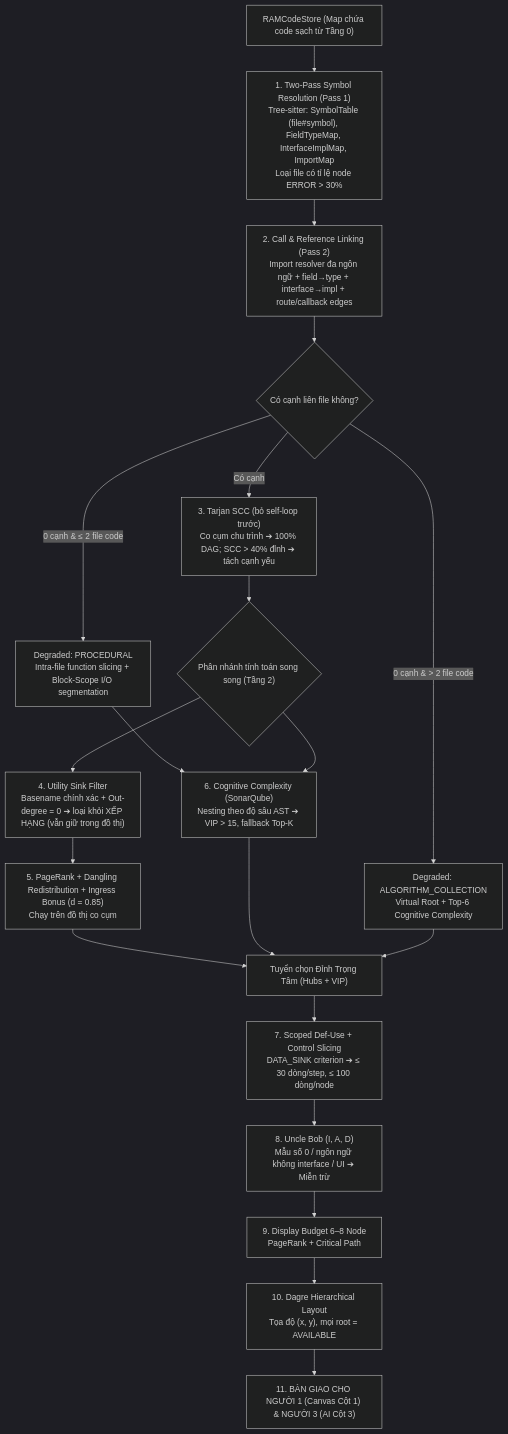
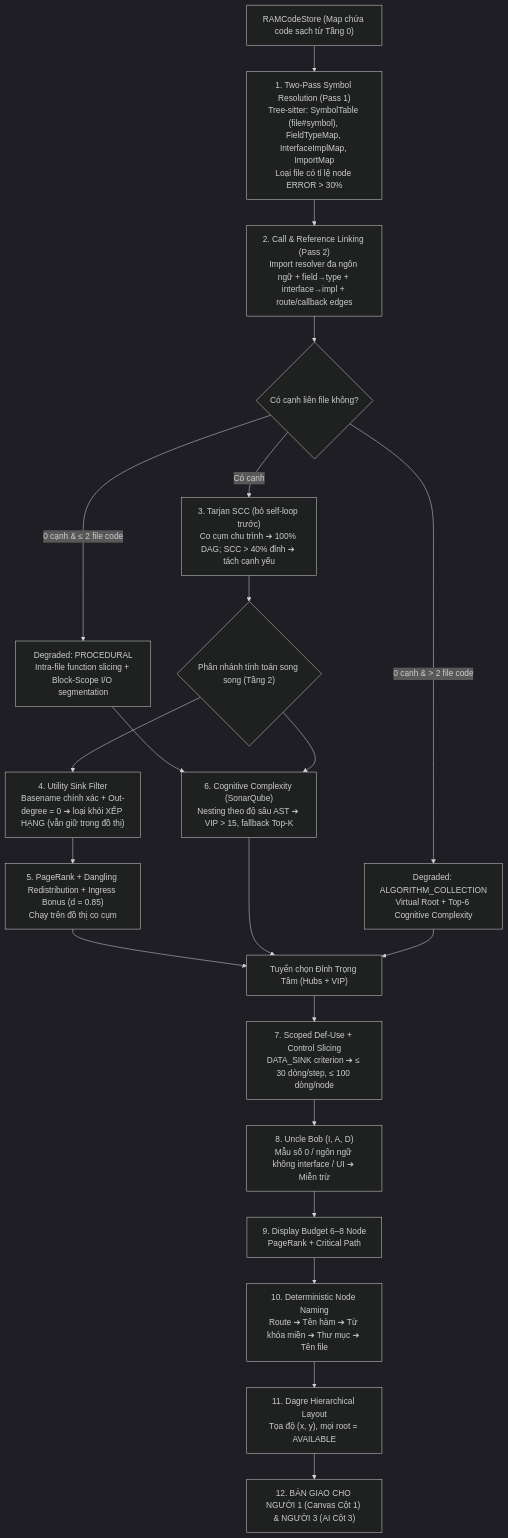
One commit to huynhthanhnhannnh-pixel/Hackathon_SGU changed the diagram in 01_ENGINE_THUAT_TOAN/02_AST_SLICING_GRAPH.md. Above: the diagram before and after it, drawn with Mermaid (dark theme). The commit also changed other lines of this file and 15 other files, not shown here.

````diff
--- a/01_ENGINE_THUAT_TOAN/02_AST_SLICING_GRAPH.md
+++ b/01_ENGINE_THUAT_TOAN/02_AST_SLICING_GRAPH.md
@@ -24,33 +24,35 @@
 ```mermaid
 flowchart TD
     StoreRAM["RAMCodeStore (Map chứa code sạch từ Tầng 0)"] --> Pass1["1. Two-Pass Symbol Resolution (Pass 1)<br/>Tree-sitter: SymbolTable (file#symbol), FieldTypeMap, InterfaceImplMap, ImportMap<br/>Loại file có tỉ lệ node ERROR > 30%"]
 
     Pass1 --> Pass2["2. Call & Reference Linking (Pass 2)<br/>Import resolver đa ngôn ngữ + field→type + interface→impl + route/callback edges"]
 
     Pass2 --> CheckEdges{"Có cạnh liên file không?"}
     CheckEdges -- "0 cạnh & ≤ 2 file code" --> Procedural["Degraded: PROCEDURAL<br/>Intra-file function slicing + Block-Scope I/O segmentation"]
     CheckEdges -- "0 cạnh & > 2 file code" --> AlgoCollection["Degraded: ALGORITHM_COLLECTION<br/>Virtual Root + Top-6 Cognitive Complexity"]
     CheckEdges -- "Có cạnh" --> AlgTarjan["3. Tarjan SCC (bỏ self-loop trước)<br/>Co cụm chu trình ➔ 100% DAG; SCC > 40% đỉnh ➔ tách cạnh yếu"]
 
     Procedural --> AlgCognitive
     AlgTarjan --> BranchT2{"Phân nhánh tính toán song song (Tầng 2)"}
 
     BranchT2 --> AlgSinkFilter["4. Utility Sink Filter<br/>Basename chính xác + Out-degree = 0 ➔ loại khỏi XẾP HẠNG (vẫn giữ trong đồ thị)"]
     AlgSinkFilter --> AlgPageRank["5. PageRank + Dangling Redistribution + Ingress Bonus (d = 0.85)<br/>Chạy trên đồ thị co cụm"]
 
     BranchT2 --> AlgCognitive["6. Cognitive Complexity (SonarQube)<br/>Nesting theo độ sâu AST ➔ VIP > 15, fallback Top-K"]
 
     AlgPageRank --> MergeSelection["Tuyển chọn Đỉnh Trọng Tâm (Hubs + VIP)"]
     AlgCognitive --> MergeSelection
     AlgoCollection --> MergeSelection
 
     MergeSelection --> AlgSlicing["7. Scoped Def-Use + Control Slicing<br/>DATA_SINK criterion ➔ ≤ 30 dòng/step, ≤ 100 dòng/node"]
 
     AlgSlicing --> AlgUncleBob["8. Uncle Bob (I, A, D)<br/>Mẫu số 0 / ngôn ngữ không interface / UI ➔ Miễn trừ"]
 
     AlgUncleBob --> AlgBudget["9. Display Budget 6–8 Node<br/>PageRank + Critical Path"]
 
-    AlgBudget --> AlgDagre["10. Dagre Hierarchical Layout<br/>Tọa độ (x, y), mọi root = AVAILABLE"]
+    AlgBudget --> AlgNaming["10. Deterministic Node Naming<br/>Route ➔ Tên hàm ➔ Từ khóa miền ➔ Thư mục ➔ Tên file"]
 
-    AlgDagre --> RenderOutput["11. BÀN GIAO CHO NGƯỜI 1 (Canvas Cột 1) & NGƯỜI 3 (AI Cột 3)"]
+    AlgNaming --> AlgDagre["11. Dagre Hierarchical Layout<br/>Tọa độ (x, y), mọi root = AVAILABLE"]
+
+    AlgDagre --> RenderOutput["12. BÀN GIAO CHO NGƯỜI 1 (Canvas Cột 1) & NGƯỜI 3 (AI Cột 3)"]
 ```
````
